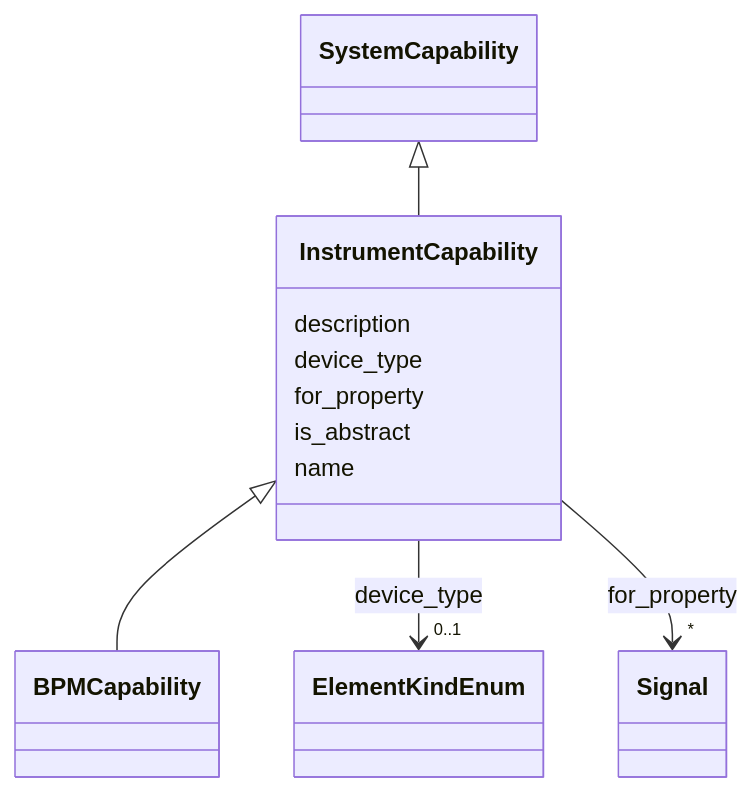
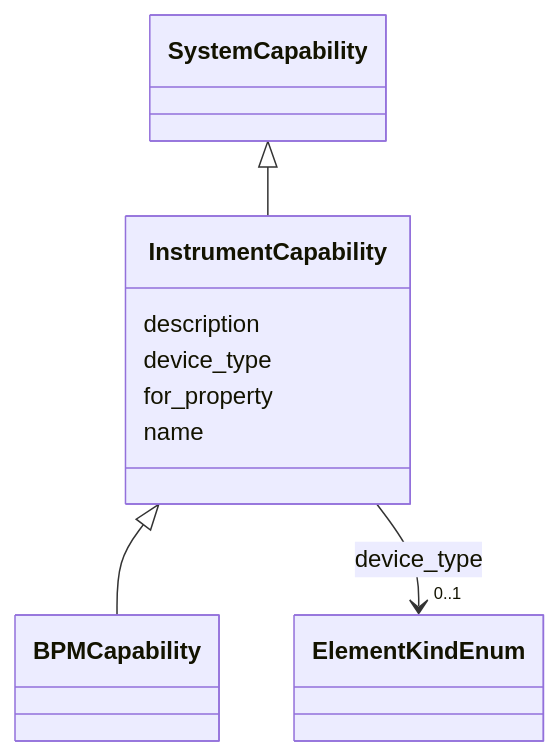
One commit to pals-project/pals-facility-config changed the diagram in docs_narad/InstrumentCapability.md. Above: the diagram before and after it, drawn with Mermaid. The commit also changed other lines of this file and 126 other files, not shown here.

````diff
--- a/docs_narad/InstrumentCapability.md
+++ b/docs_narad/InstrumentCapability.md
@@ -18,42 +18,31 @@
 ```mermaid
  classDiagram
     class InstrumentCapability
     click InstrumentCapability href "../InstrumentCapability/"
       SystemCapability <|-- InstrumentCapability
         click SystemCapability href "../SystemCapability/"
       
 
       InstrumentCapability <|-- BPMCapability
         click BPMCapability href "../BPMCapability/"
       
 
       InstrumentCapability : description
         
       InstrumentCapability : device_type
         
           
     
         
         
         InstrumentCapability --> "0..1" ElementKindEnum : device_type
         click ElementKindEnum href "../ElementKindEnum/"
     
 
         
       InstrumentCapability : for_property
         
-          
-    
-        
-        
-        InstrumentCapability --> "*" Signal : for_property
-        click Signal href "../Signal/"
-    
-
-        
-      InstrumentCapability : is_abstract
-        
       InstrumentCapability : name
         
       
 ```
````
